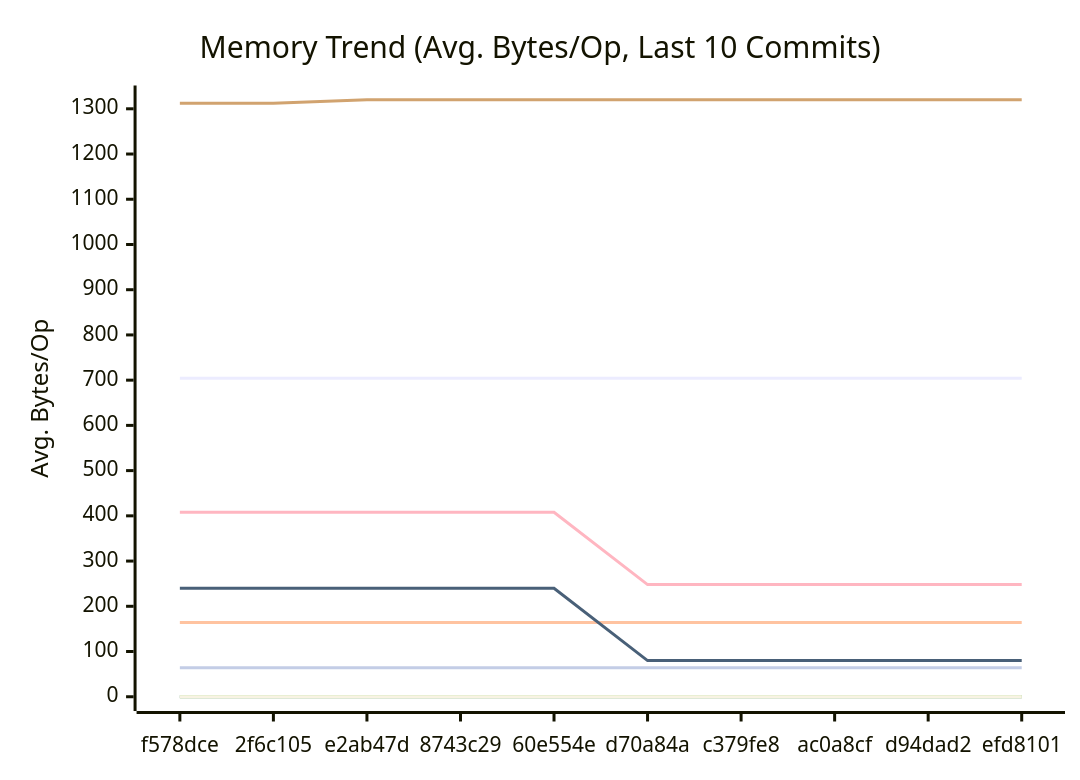
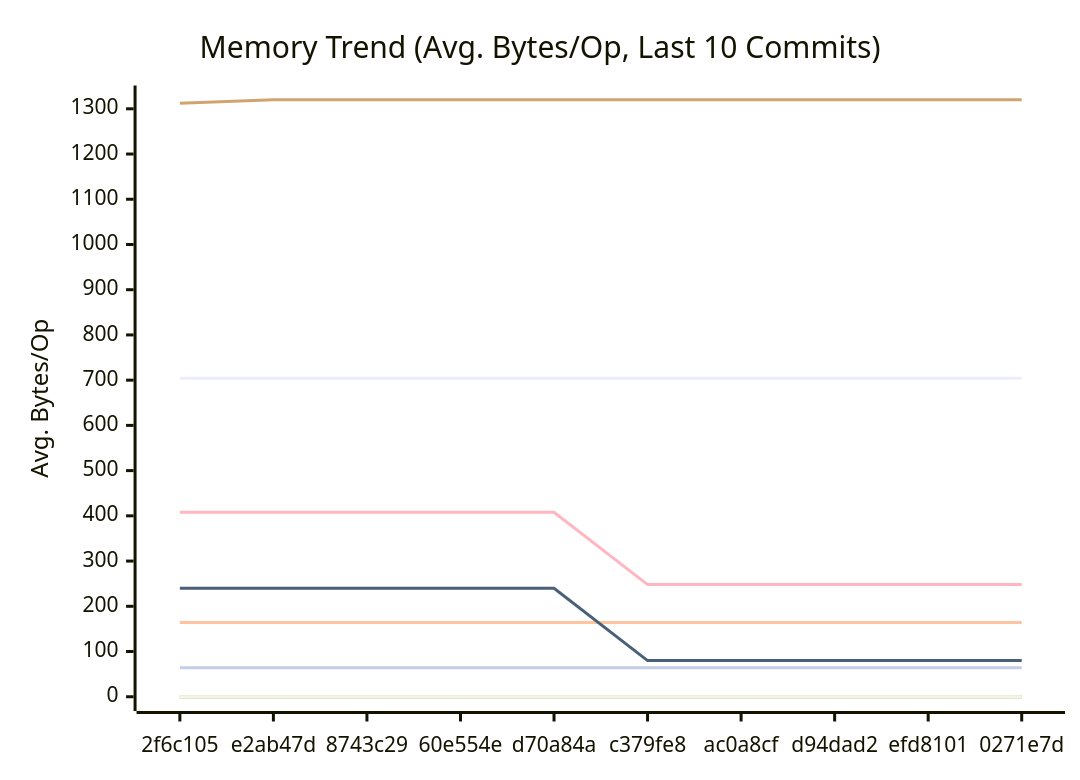
One commit to alsotoes/momo changed the second of 3 diagrams in docs/PERFORMANCE.md. Above: the diagram before and after it, drawn with Mermaid. The commit also changed other lines of this file and 3 other files, not shown here.

````diff
--- a/docs/PERFORMANCE.md
+++ b/docs/PERFORMANCE.md
@@ -152,18 +152,18 @@
 ```mermaid
 xychart-beta
     title "Memory Trend (Avg. Bytes/Op, Last 10 Commits)"
     x-axis "Commit"
     y-axis "Avg. Bytes/Op"
-    x-axis [f578dce,2f6c105,e2ab47d,8743c29,60e554e,d70a84a,c379fe8,ac0a8cf,d94dad2,efd8101]
+    x-axis [2f6c105,e2ab47d,8743c29,60e554e,d70a84a,c379fe8,ac0a8cf,d94dad2,efd8101,0271e7d]
     line "CheckMetricsAndSwap" [0,0,0,0,0,0,0,0,0,0]
     line "CrushOptimized" [0,0,0,0,0,0,0,0,0,0]
     line "CrushOriginal" [164,164,164,164,164,164,164,164,164,164]
     line "IndexDirectTracking" [0,0,0,0,0,0,0,0,0,0]
     line "IndexSearch" [0,0,0,0,0,0,0,0,0,0]
-    line "LoadGlobalConfig" [1312,1312,1320,1320,1320,1320,1320,1320,1320,1320]
+    line "LoadGlobalConfig" [1312,1320,1320,1320,1320,1320,1320,1320,1320,1320]
     line "PadString" [64,64,64,64,64,64,64,64,64,64]
     line "ParseReplicationOrder_NoPrealloc" [408,408,408,408,408,248,248,248,248,248]
     line "ParseReplicationOrder_Prealloc" [240,240,240,240,240,80,80,80,80,80]
     line "SanitizeLog/Safe" [0,0,0,0,0,0,0,0,0,0]
     line "SanitizeLog/Unsafe" [704,704,704,704,704,704,704,704,704,704]
 ```
````
